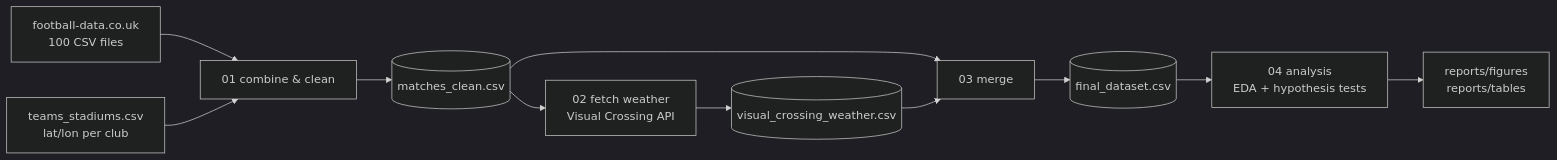
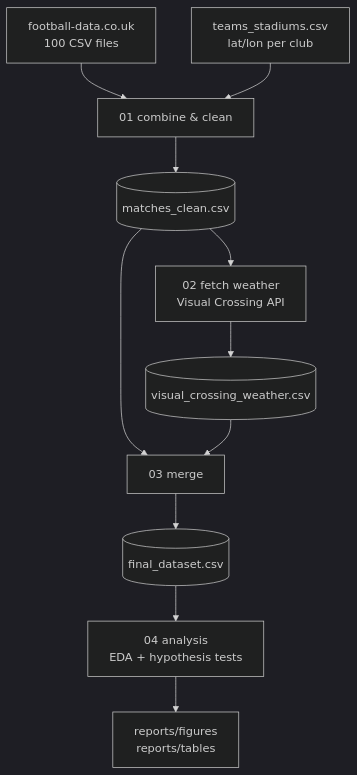
The diagram in README.md (DominikBieniarz/football-weather-analysis), drawn with Mermaid (dark theme) before and after one commit.

Commit message:
Render pipeline diagram top-down for readability

````diff
--- a/README.md
+++ b/README.md
@@ -16,13 +16,13 @@
 ```mermaid
-flowchart LR
+flowchart TD
     A[football-data.co.uk<br/>100 CSV files] --> B[01 combine & clean]
     R[teams_stadiums.csv<br/>lat/lon per club] --> B
     B --> C[(matches_clean.csv)]
     C --> D[02 fetch weather<br/>Visual Crossing API]
     D --> E[(visual_crossing_weather.csv)]
     C --> F[03 merge]
     E --> F
     F --> G[(final_dataset.csv)]
     G --> H[04 analysis<br/>EDA + hypothesis tests]
     H --> I[reports/figures<br/>reports/tables]
 ```
````
